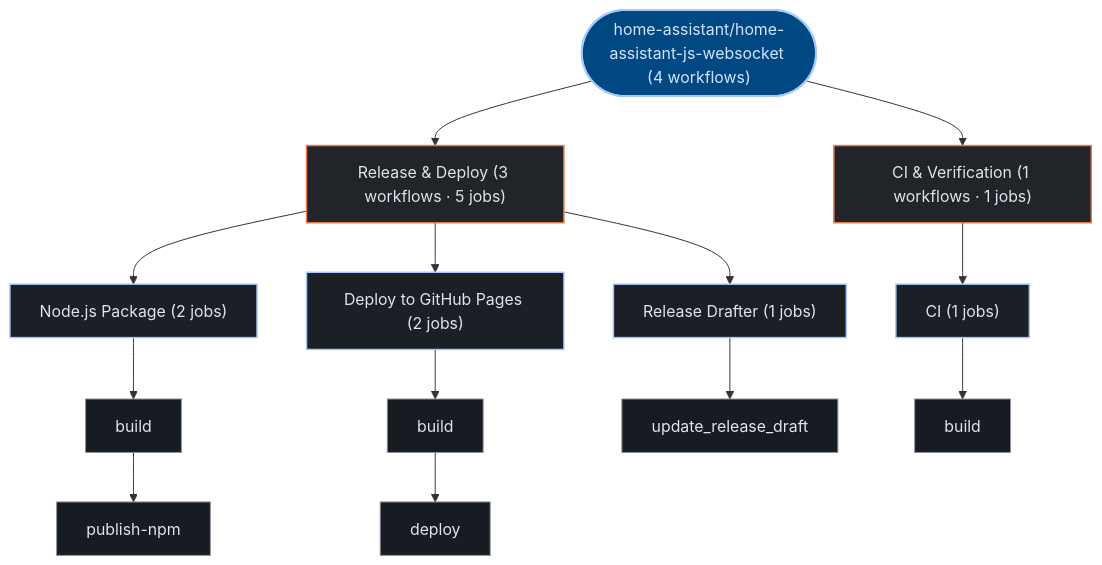
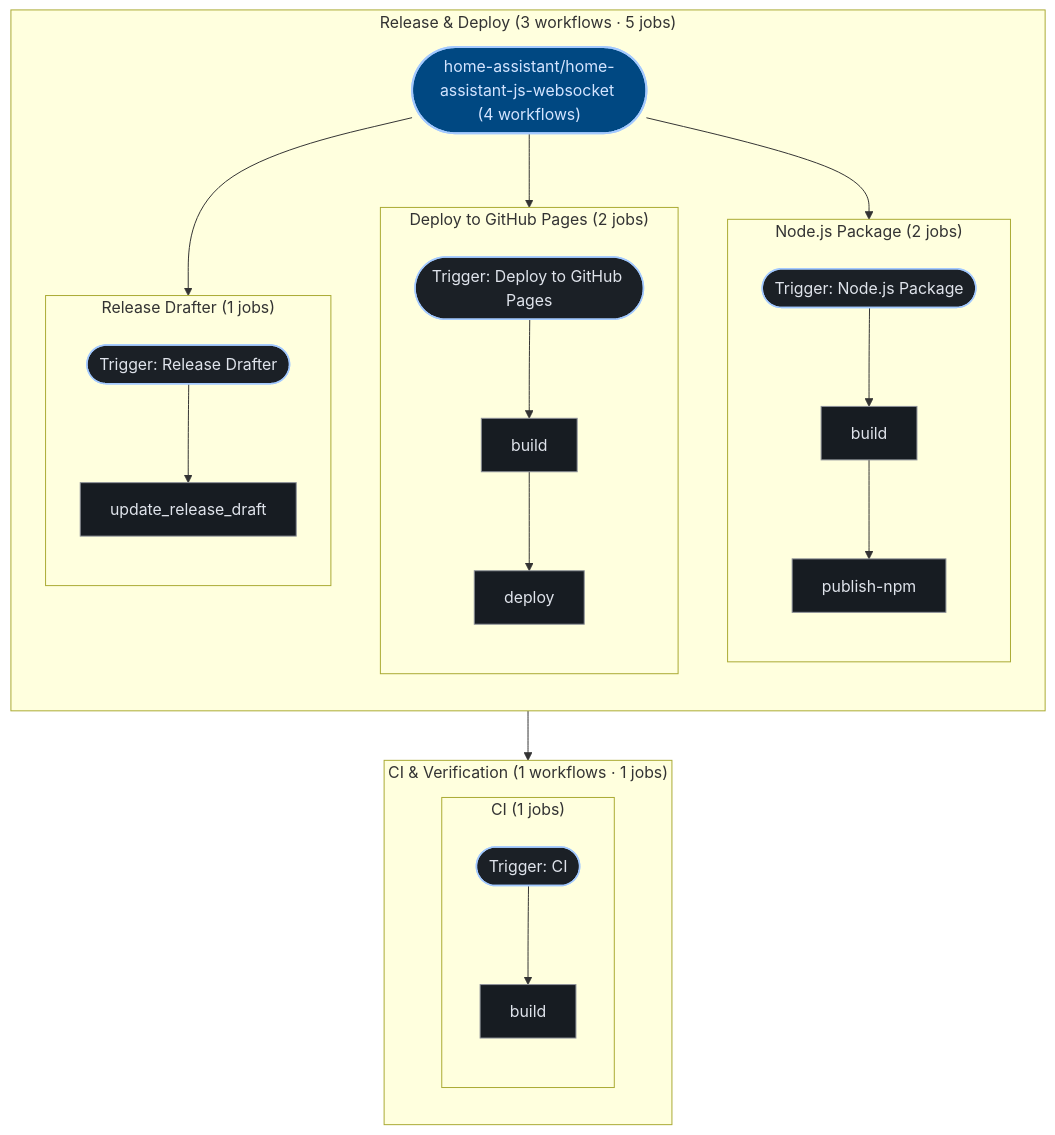
One commit to kumarshaz/atruss-code-atlas changed the third of 3 diagrams in exports/latest/reports/home-assistant-home-assistant-js-websocket-report.md. Above: the diagram before and after it, drawn with Mermaid. The commit also changed 181 other files, not shown here.

````diff
--- a/exports/latest/reports/home-assistant-home-assistant-js-websocket-report.md
+++ b/exports/latest/reports/home-assistant-home-assistant-js-websocket-report.md
@@ -137,35 +137,49 @@
 ```mermaid
 graph TD;
   classDef atlasRoot fill:#004882,stroke:#a3c9ff,stroke-width:2px,color:#d3e4ff
   classDef atlasCategory fill:#212428,stroke:#E87A48,stroke-width:1.5px,color:#dfe3eb
   classDef atlasWorkflow fill:#1b2026,stroke:#a3c9ff,stroke-width:1.5px,color:#dfe3eb
   classDef atlasJob fill:#171c22,stroke:#8d9199,stroke-width:1px,color:#dfe3eb
   classDef atlasTarget fill:#005227,stroke:#8bd99b,stroke-width:1.5px,color:#a7f6b6
   classDef atlasAlert fill:#93000a,stroke:#ffb4ab,stroke-width:1.5px,color:#ffdad6
   classDef atlasMore fill:#252a31,stroke:#8d9199,stroke-dasharray:4 4,color:#c3c6cf
   pipeline_root(["home-assistant/home-assistant-js-websocket (4 workflows)"]):::atlasRoot
-  grp_0_Release___Deploy["Release & Deploy (3 workflows · 5 jobs)"]:::atlasCategory
-  pipeline_root --> grp_0_Release___Deploy
-  wf_1_Node_js_Package["Node.js Package (2 jobs)"]:::atlasWorkflow
-  grp_0_Release___Deploy --> wf_1_Node_js_Package
-  job_1_build["build"]:::atlasJob
-  job_1_publish_npm["publish-npm"]:::atlasJob
-  wf_1_Node_js_Package --> job_1_build
-  job_1_build --> job_1_publish_npm
-  wf_2_Deploy_to_GitHub_Pages["Deploy to GitHub Pages (2 jobs)"]:::atlasWorkflow
-  grp_0_Release___Deploy --> wf_2_Deploy_to_GitHub_Pages
-  job_2_build["build"]:::atlasJob
-  job_2_deploy["deploy"]:::atlasJob
-  wf_2_Deploy_to_GitHub_Pages --> job_2_build
-  job_2_build --> job_2_deploy
-  wf_3_Release_Drafter["Release Drafter (1 jobs)"]:::atlasWorkflow
-  grp_0_Release___Deploy --> wf_3_Release_Drafter
-  job_3_update_release_draft["update_release_draft"]:::atlasJob
-  wf_3_Release_Drafter --> job_3_update_release_draft
-  grp_1_CI___Verification["CI & Verification (1 workflows · 1 jobs)"]:::atlasCategory
-  pipeline_root --> grp_1_CI___Verification
-  wf_0_CI["CI (1 jobs)"]:::atlasWorkflow
-  grp_1_CI___Verification --> wf_0_CI
-  job_0_build["build"]:::atlasJob
-  wf_0_CI --> job_0_build
+  subgraph sg_grp_0_Release___Deploy["Release & Deploy (3 workflows · 5 jobs)"]
+    direction TB
+    subgraph sg_wf_1_Node_js_Package["Node.js Package (2 jobs)"]
+      direction TB
+      wf_1_Node_js_Package(["Trigger: Node.js Package"]):::atlasWorkflow
+      job_1_build["build"]:::atlasJob
+      job_1_publish_npm["publish-npm"]:::atlasJob
+      wf_1_Node_js_Package --> job_1_build
+      job_1_build --> job_1_publish_npm
+    end
+    pipeline_root --> wf_1_Node_js_Package
+    subgraph sg_wf_2_Deploy_to_GitHub_Pages["Deploy to GitHub Pages (2 jobs)"]
+      direction TB
+      wf_2_Deploy_to_GitHub_Pages(["Trigger: Deploy to GitHub Pages"]):::atlasWorkflow
+      job_2_build["build"]:::atlasJob
+      job_2_deploy["deploy"]:::atlasJob
+      wf_2_Deploy_to_GitHub_Pages --> job_2_build
+      job_2_build --> job_2_deploy
+    end
+    pipeline_root --> wf_2_Deploy_to_GitHub_Pages
+    subgraph sg_wf_3_Release_Drafter["Release Drafter (1 jobs)"]
+      direction TB
+      wf_3_Release_Drafter(["Trigger: Release Drafter"]):::atlasWorkflow
+      job_3_update_release_draft["update_release_draft"]:::atlasJob
+      wf_3_Release_Drafter --> job_3_update_release_draft
+    end
+    pipeline_root --> wf_3_Release_Drafter
+  end
+  subgraph sg_grp_1_CI___Verification["CI & Verification (1 workflows · 1 jobs)"]
+    direction TB
+    subgraph sg_wf_0_CI["CI (1 jobs)"]
+      direction TB
+      wf_0_CI(["Trigger: CI"]):::atlasWorkflow
+      job_0_build["build"]:::atlasJob
+      wf_0_CI --> job_0_build
+    end
+    pipeline_root --> wf_0_CI
+  end
 ```
````
